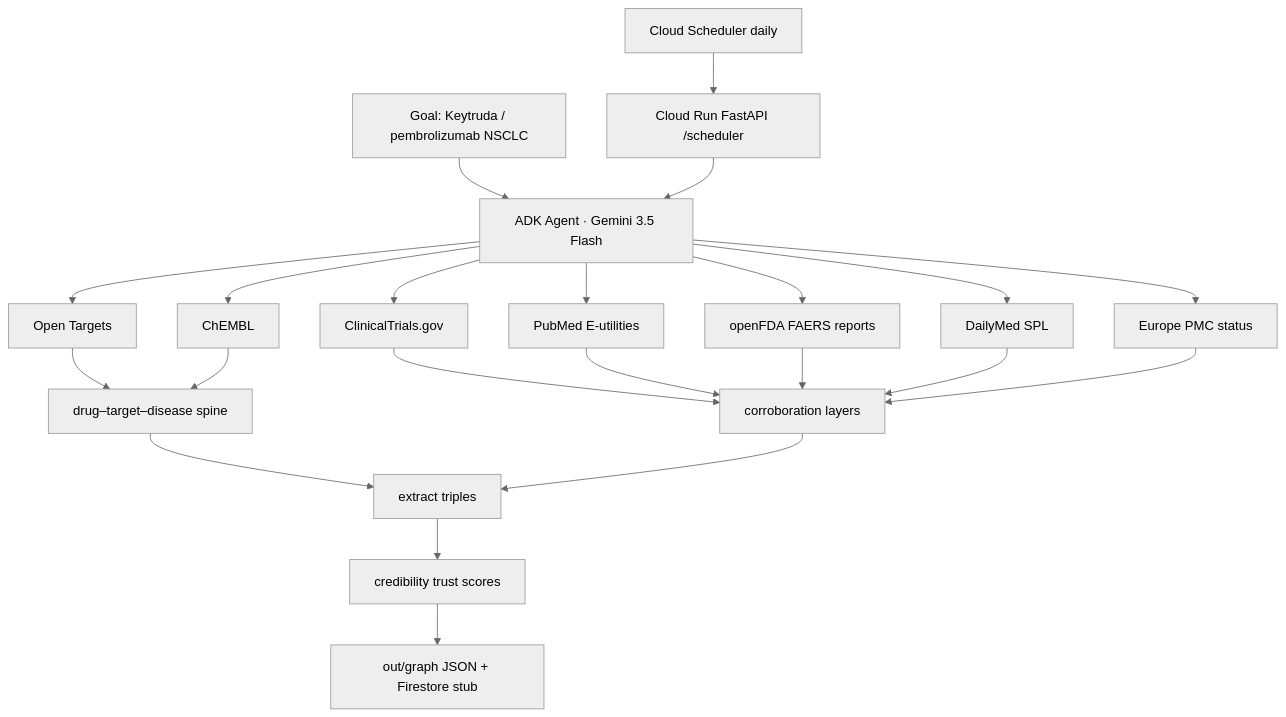
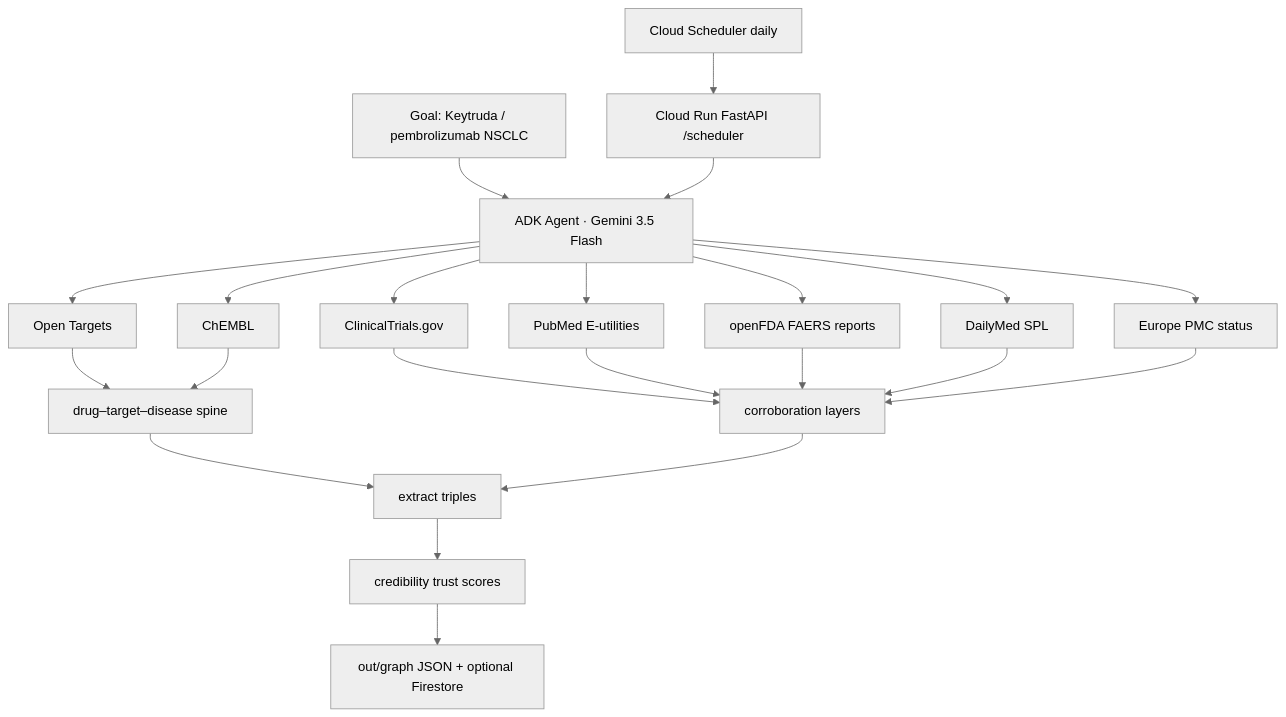
The diagram in README.md (qxiong888/living-evidence-graph), drawn with Mermaid (neutral theme) before and after one commit. The commit also changed other lines of this file, not shown here.

````diff
--- a/README.md
+++ b/README.md
@@ -75,18 +75,18 @@
 ```mermaid
 flowchart TB
   Goal[Goal: Keytruda / pembrolizumab NSCLC] --> ADK[ADK Agent · Gemini 3.5 Flash]
   ADK --> OT[Open Targets]
   ADK --> CH[ChEMBL]
   ADK --> CT[ClinicalTrials.gov]
   ADK --> PM[PubMed E-utilities]
   ADK --> FDA[openFDA FAERS reports]
   ADK --> DM[DailyMed SPL]
   ADK --> EP[Europe PMC status]
   OT & CH --> SPINE[drug–target–disease spine]
   CT & PM & FDA & DM & EP --> CORR[corroboration layers]
   SPINE & CORR --> EX[extract triples]
   EX --> TR[credibility trust scores]
-  TR --> STORE[out/graph JSON + Firestore stub]
+  TR --> STORE[out/graph JSON + optional Firestore]
   Sched[Cloud Scheduler daily] --> Run[Cloud Run FastAPI /scheduler]
   Run --> ADK
 ```
````
